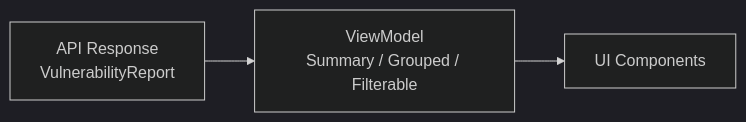
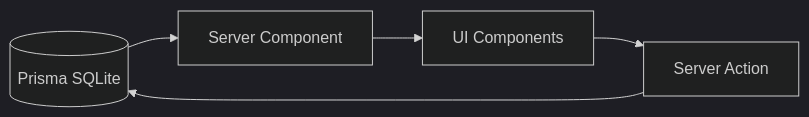
Before and after one commit to yuhkisan/next-vuln-report-portfolio: the diagram in PORTFOLIO_A_PLAN.md, drawn with Mermaid (dark theme). The commit also changed other lines of this file, not shown here.

````diff
--- a/PORTFOLIO_A_PLAN.md
+++ b/PORTFOLIO_A_PLAN.md
@@ -92,5 +117,7 @@
 ```mermaid
 graph LR
-    API[API Response<br>VulnerabilityReport] --> VM[ViewModel<br>Summary / Grouped / Filterable]
-    VM --> UI[UI Components]
+    DB[(Prisma SQLite)] --> SC[Server Component]
+    SC --> UI[UI Components]
+    UI --> SA[Server Action]
+    SA --> DB
 ```
````
